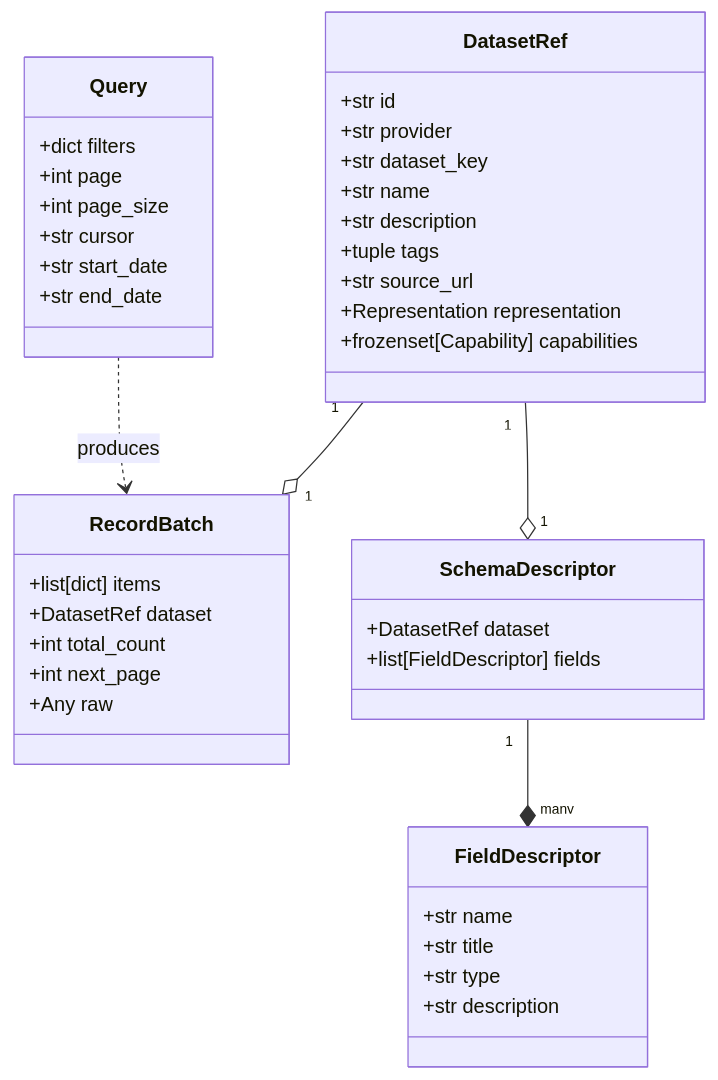
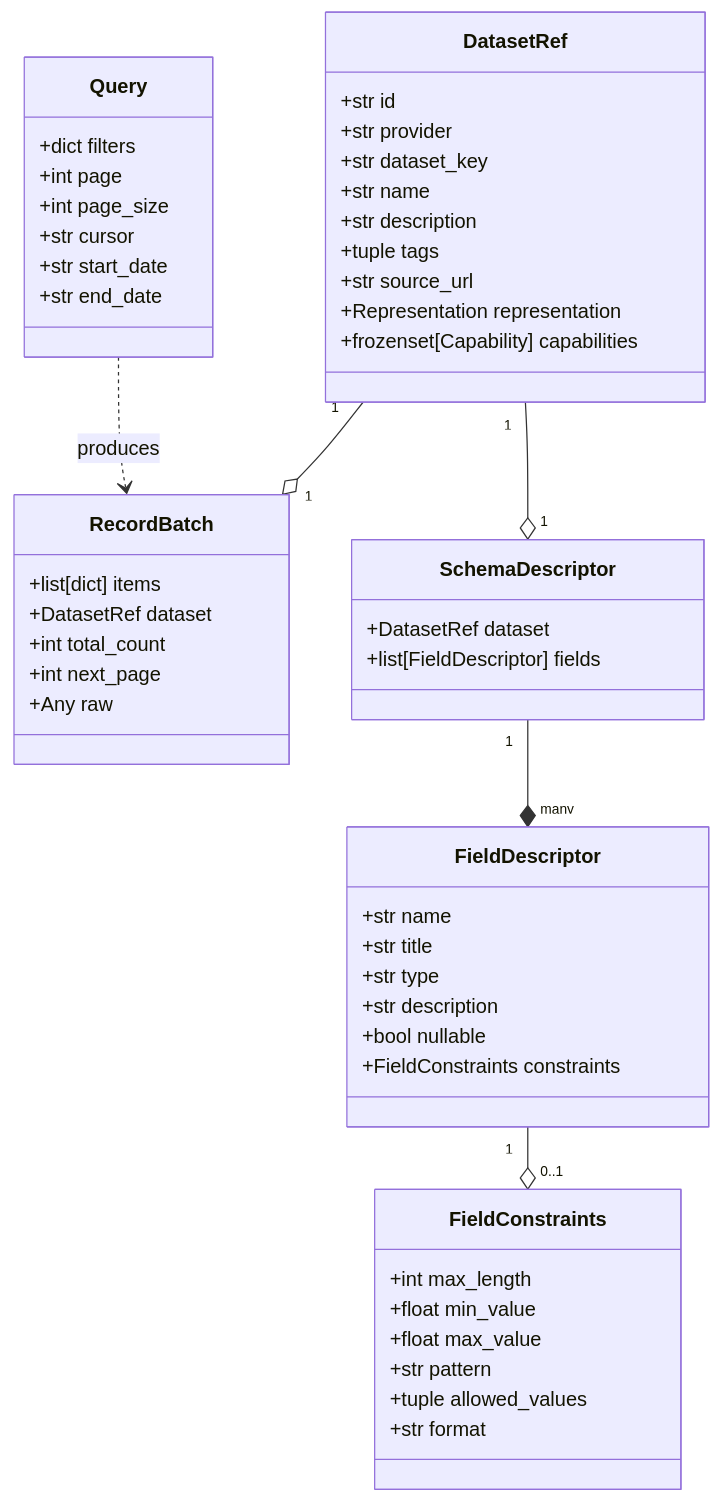
The first of 3 diagrams in CANONICAL_MODEL.md (yeongseon/kpubdata), drawn with Mermaid before and after one commit. The commit also changed other lines of this file and 8 other files, not shown here.

First line of the commit message:
feat: add FieldConstraints for structured schema field metadata (#57)

````diff
--- a/CANONICAL_MODEL.md
+++ b/CANONICAL_MODEL.md
@@ -19,44 +19,55 @@
 ```mermaid
 classDiagram
     class DatasetRef {
         +str id
         +str provider
         +str dataset_key
         +str name
         +str description
         +tuple tags
         +str source_url
         +Representation representation
         +frozenset[Capability] capabilities
     }
     class Query {
         +dict filters
         +int page
         +int page_size
         +str cursor
         +str start_date
         +str end_date
     }
     class RecordBatch {
         +list[dict] items
         +DatasetRef dataset
         +int total_count
         +int next_page
         +Any raw
     }
     class SchemaDescriptor {
         +DatasetRef dataset
         +list[FieldDescriptor] fields
     }
     class FieldDescriptor {
         +str name
         +str title
         +str type
         +str description
+        +bool nullable
+        +FieldConstraints constraints
+    }
+    class FieldConstraints {
+        +int max_length
+        +float min_value
+        +float max_value
+        +str pattern
+        +tuple allowed_values
+        +str format
     }
 
     DatasetRef "1" --o "1" RecordBatch
     DatasetRef "1" --o "1" SchemaDescriptor
     SchemaDescriptor "1" --* "many" FieldDescriptor
+    FieldDescriptor "1" --o "0..1" FieldConstraints
     Query ..> RecordBatch : produces
 ```
````
